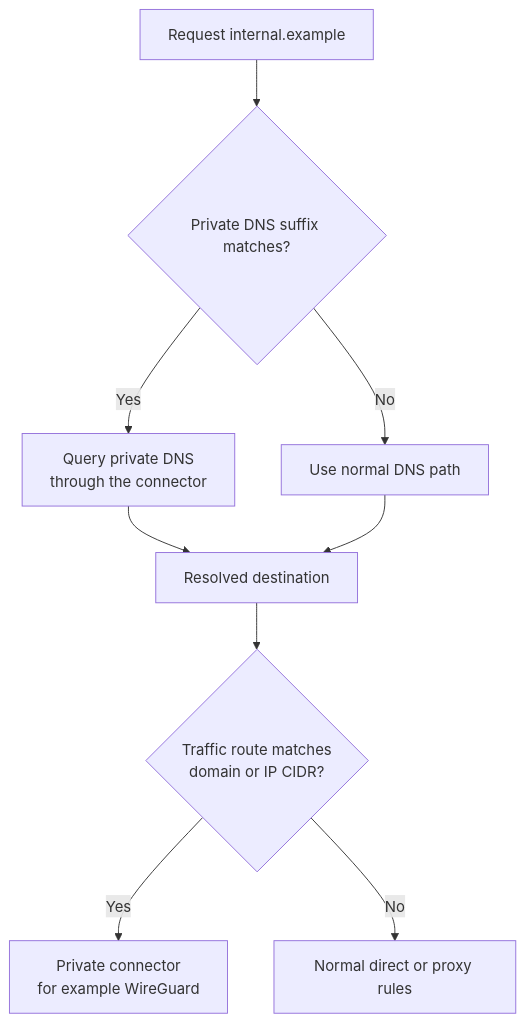
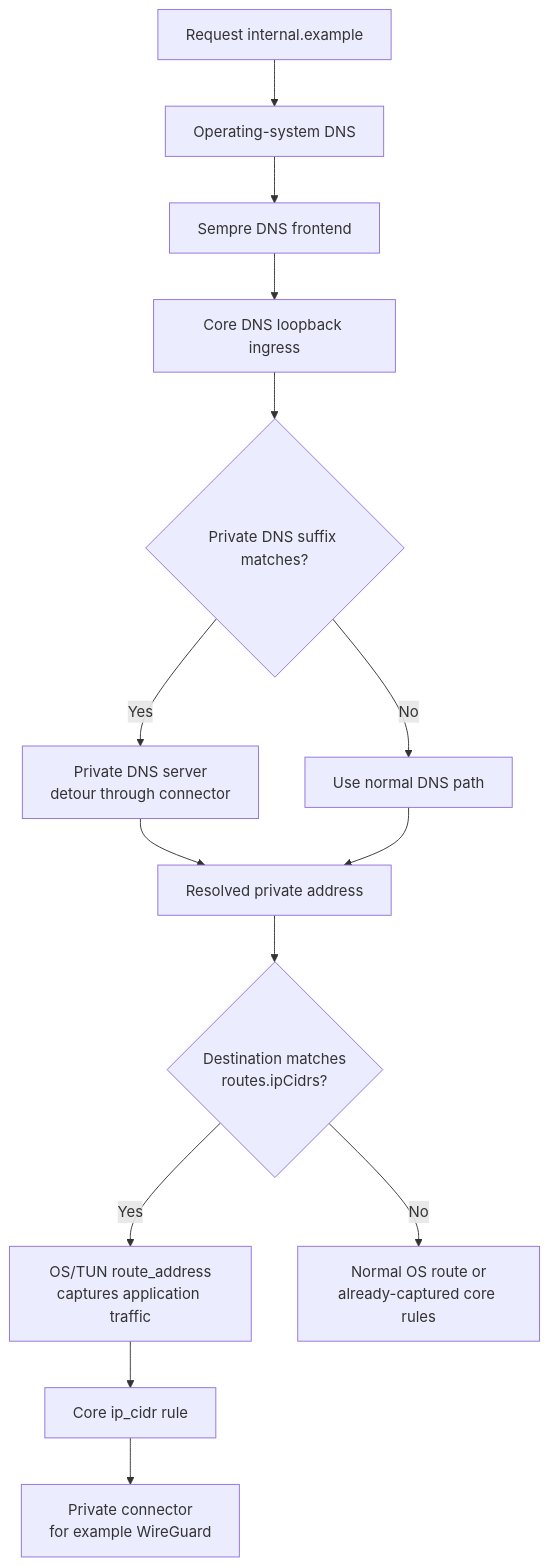
Before and after one commit to tinymins/sempre: the fourth of 4 diagrams in README.md, drawn with Mermaid. The commit also changed other lines of this file and 7 other files, not shown here.

Commit message:
fix(network): route private CIDRs through desktop TUN

````diff
--- a/README.md
+++ b/README.md
@@ -300,9 +302,9 @@
 ```mermaid
 flowchart TD
-    request["Request internal.example"] --> dnsMatch{"Private DNS suffix matches?"}
-    dnsMatch -- Yes --> privateDns["Query private DNS<br/>through the connector"] --> address["Resolved destination"]
+    request["Request internal.example"] --> systemDns["Operating-system DNS"] --> frontend["Sempre DNS frontend"] --> coreDns["Core DNS loopback ingress"] --> dnsMatch{"Private DNS suffix matches?"}
+    dnsMatch -- Yes --> privateDns["Private DNS server<br/>detour through connector"] --> address["Resolved private address"]
     dnsMatch -- No --> normalDns["Use normal DNS path"] --> address
-    address --> routeMatch{"Traffic route matches<br/>domain or IP CIDR?"}
-    routeMatch -- Yes --> connector["Private connector<br/>for example WireGuard"]
-    routeMatch -- No --> fallback["Normal direct or proxy rules"]
+    address --> capture{"Destination matches<br/>routes.ipCidrs?"}
+    capture -- Yes --> tun["OS/TUN route_address<br/>captures application traffic"] --> routeMatch["Core ip_cidr rule"] --> connector["Private connector<br/>for example WireGuard"]
+    capture -- No --> fallback["Normal OS route or<br/>already-captured core rules"]
 ```
````
